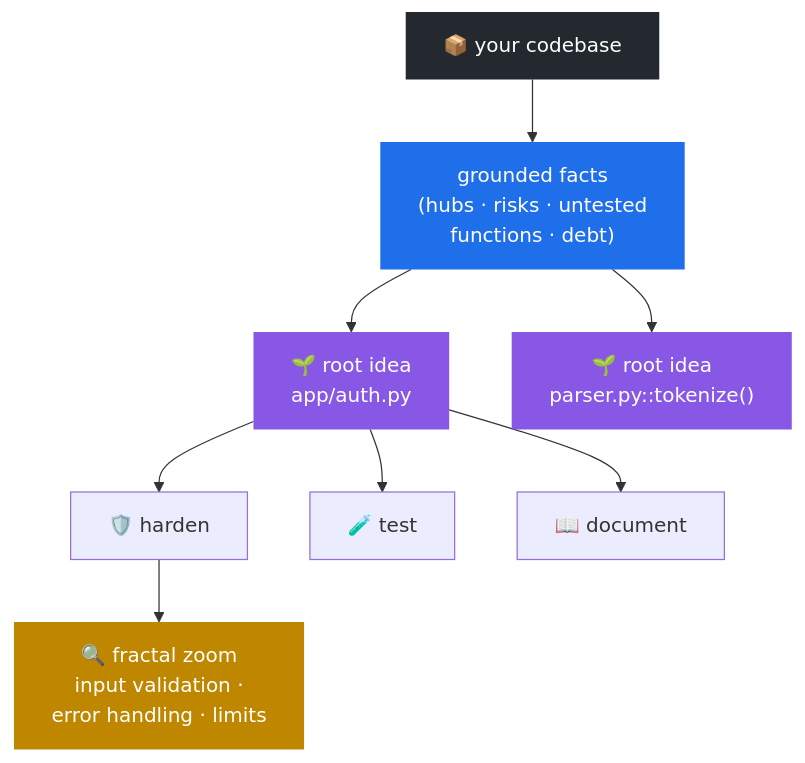
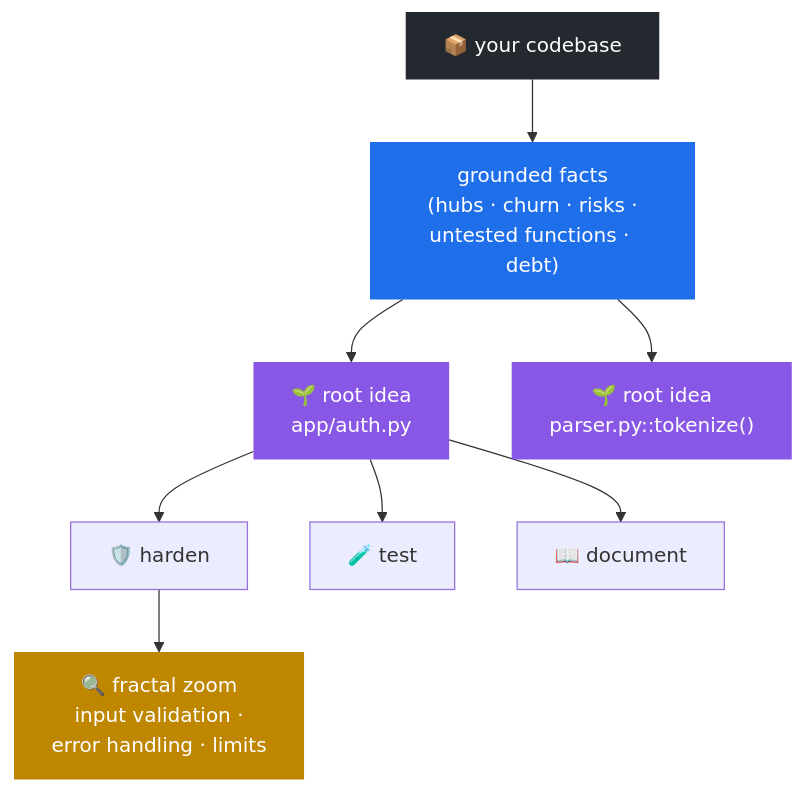
One commit to Mert544/Apex-orchestrator changed the second of 4 diagrams in README.md. Above: the diagram before and after it, drawn with Mermaid. The commit also changed other lines of this file and 4 other files, not shown here.

````diff
--- a/README.md
+++ b/README.md
@@ -142,15 +142,15 @@
 ```mermaid
 flowchart TD
-    R["📦 your codebase"] --> F["grounded facts<br/>(hubs · risks · untested<br/>functions · debt)"]
+    R["📦 your codebase"] --> F["grounded facts<br/>(hubs · churn · risks ·<br/>untested functions · debt)"]
     F --> S1["🌱 root idea<br/>app/auth.py"]
     F --> S2["🌱 root idea<br/>parser.py::tokenize()"]
     S1 --> L1["🛡️ harden"]
     S1 --> L2["🧪 test"]
     S1 --> L3["📖 document"]
     L1 --> Z["🔍 fractal zoom<br/>input validation ·<br/>error handling · limits"]
     style R fill:#24292f,color:#fff,stroke:none
     style F fill:#1f6feb,color:#fff,stroke:none
     style S1 fill:#8957e5,color:#fff,stroke:none
     style S2 fill:#8957e5,color:#fff,stroke:none
     style Z fill:#bf8700,color:#fff,stroke:none
 ```
````
